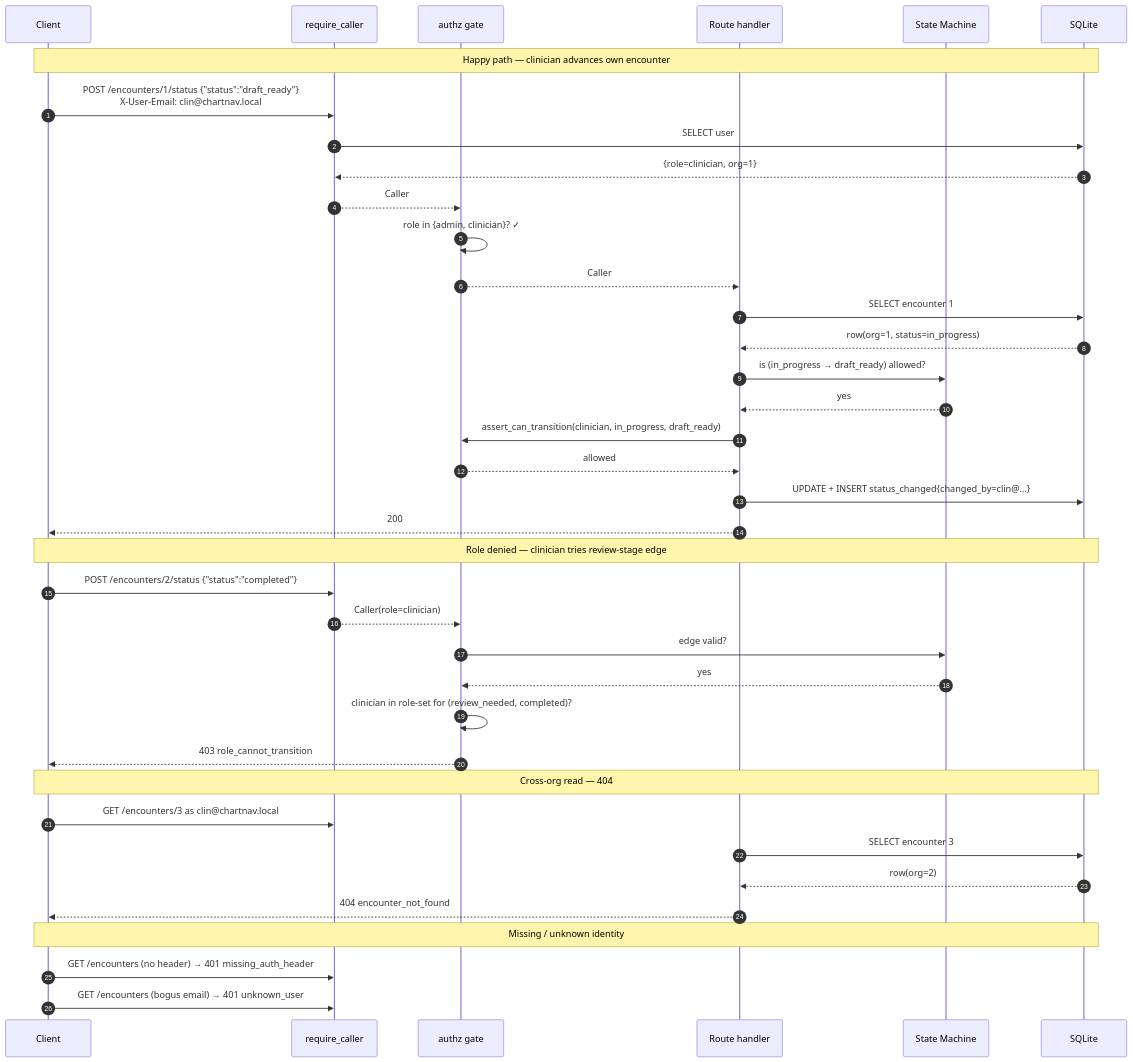
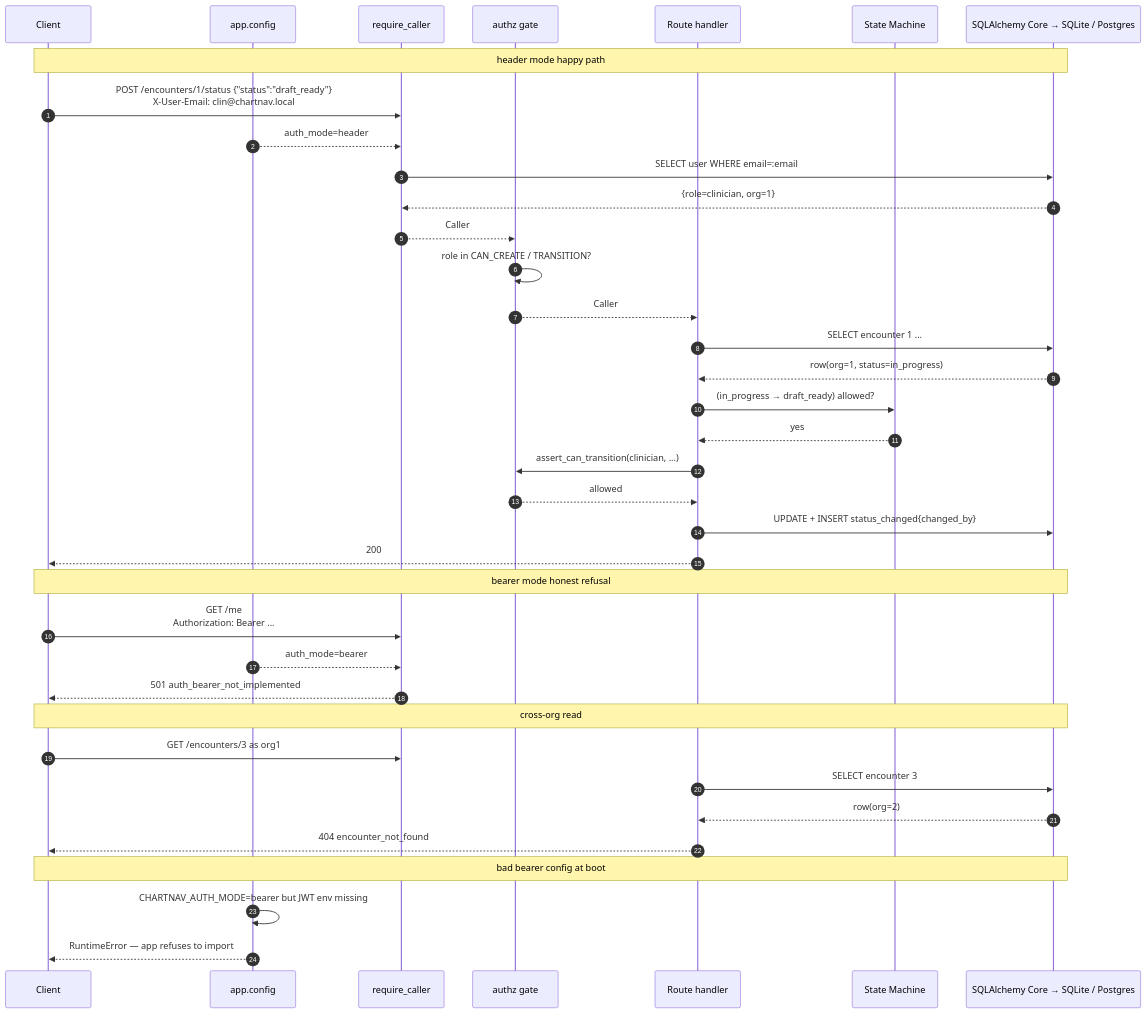
One commit to thekidd2227/chartnav-platform changed the first of 2 diagrams in docs/diagrams/api-data-flow.md. Above: the diagram before and after it, drawn with Mermaid. The commit also changed other lines of this file and 29 other files, not shown here.

````diff
--- a/docs/diagrams/api-data-flow.md
+++ b/docs/diagrams/api-data-flow.md
@@ -5,44 +5,43 @@
 ```mermaid
 sequenceDiagram
   autonumber
   participant C as Client
+  participant Cfg as app.config
   participant Authn as require_caller
   participant Authz as authz gate
   participant R as Route handler
   participant SM as State Machine
-  participant DB as SQLite
+  participant DB as SQLAlchemy Core → SQLite / Postgres
 
-  Note over C,DB: Happy path — clinician advances own encounter
+  Note over C,DB: header mode happy path
   C->>Authn: POST /encounters/1/status {"status":"draft_ready"}<br/>X-User-Email: clin@chartnav.local
-  Authn->>DB: SELECT user
+  Cfg-->>Authn: auth_mode=header
+  Authn->>DB: SELECT user WHERE email=:email
   DB-->>Authn: {role=clinician, org=1}
   Authn-->>Authz: Caller
-  Authz->>Authz: role in {admin, clinician}? ✓
+  Authz->>Authz: role in CAN_CREATE / TRANSITION?
   Authz-->>R: Caller
-  R->>DB: SELECT encounter 1
+  R->>DB: SELECT encounter 1 ...
   DB-->>R: row(org=1, status=in_progress)
-  R->>SM: is (in_progress → draft_ready) allowed?
+  R->>SM: (in_progress → draft_ready) allowed?
   SM-->>R: yes
-  R->>Authz: assert_can_transition(clinician, in_progress, draft_ready)
+  R->>Authz: assert_can_transition(clinician, ...)
   Authz-->>R: allowed
-  R->>DB: UPDATE + INSERT status_changed{changed_by=clin@...}
+  R->>DB: UPDATE + INSERT status_changed{changed_by}
   R-->>C: 200
 
-  Note over C,DB: Role denied — clinician tries review-stage edge
-  C->>Authn: POST /encounters/2/status {"status":"completed"}
-  Authn-->>Authz: Caller(role=clinician)
-  Authz->>SM: edge valid?
-  SM-->>Authz: yes
-  Authz->>Authz: clinician in role-set for (review_needed, completed)?
-  Authz-->>C: 403 role_cannot_transition
+  Note over C,DB: bearer mode honest refusal
+  C->>Authn: GET /me<br/>Authorization: Bearer ...
+  Cfg-->>Authn: auth_mode=bearer
+  Authn-->>C: 501 auth_bearer_not_implemented
 
-  Note over C,DB: Cross-org read — 404
-  C->>Authn: GET /encounters/3 as clin@chartnav.local
+  Note over C,DB: cross-org read
+  C->>Authn: GET /encounters/3 as org1
   R->>DB: SELECT encounter 3
   DB-->>R: row(org=2)
   R-->>C: 404 encounter_not_found
 
-  Note over C,DB: Missing / unknown identity
-  C->>Authn: GET /encounters (no header) → 401 missing_auth_header
-  C->>Authn: GET /encounters (bogus email) → 401 unknown_user
+  Note over C,DB: bad bearer config at boot
+  Cfg->>Cfg: CHARTNAV_AUTH_MODE=bearer but JWT env missing
+  Cfg-->>C: RuntimeError — app refuses to import
 ```
````
